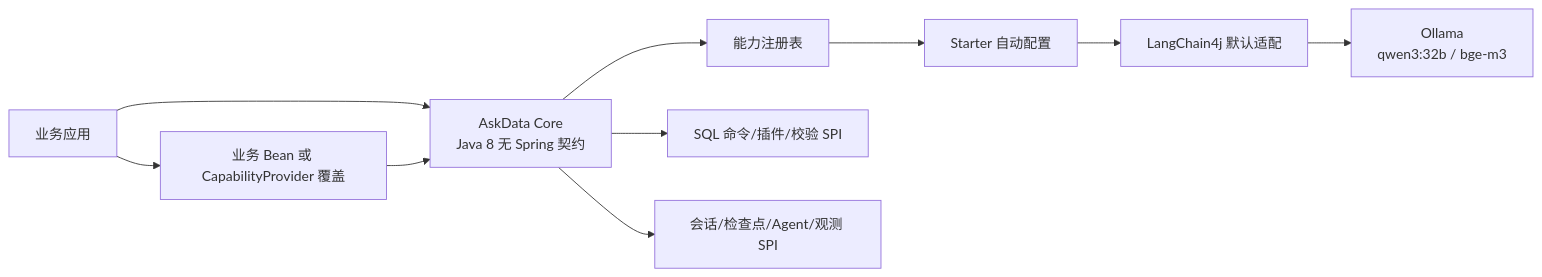
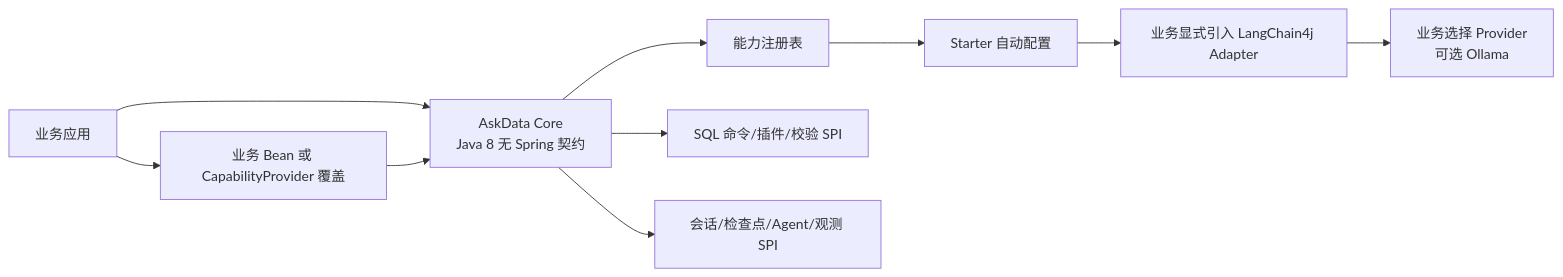
Before and after one commit to xiongx9527/java-framework: the second of 8 diagrams in docs/askdata/starter/flow-diagrams.md, drawn with Mermaid. The commit also changed 11 other files, not shown here.

````diff
--- a/docs/askdata/starter/flow-diagrams.md
+++ b/docs/askdata/starter/flow-diagrams.md
@@ -26,12 +26,12 @@
 ```mermaid
 flowchart LR
     App[业务应用] --> Core[AskData Core\nJava 8 无 Spring 契约]
     Core --> Registry[能力注册表]
     Registry --> Starter[Starter 自动配置]
-    Starter --> LC4J[LangChain4j 默认适配]
-    LC4J --> Ollama[Ollama\nqwen3:32b / bge-m3]
+    Starter --> LC4J[业务显式引入 LangChain4j Adapter]
+    LC4J --> Provider[业务选择 Provider\n可选 Ollama]
     Core --> Sql[SQL 命令/插件/校验 SPI]
     Core --> State[会话/检查点/Agent/观测 SPI]
     App --> Override[业务 Bean 或 CapabilityProvider 覆盖]
     Override --> Core
 ```
````
